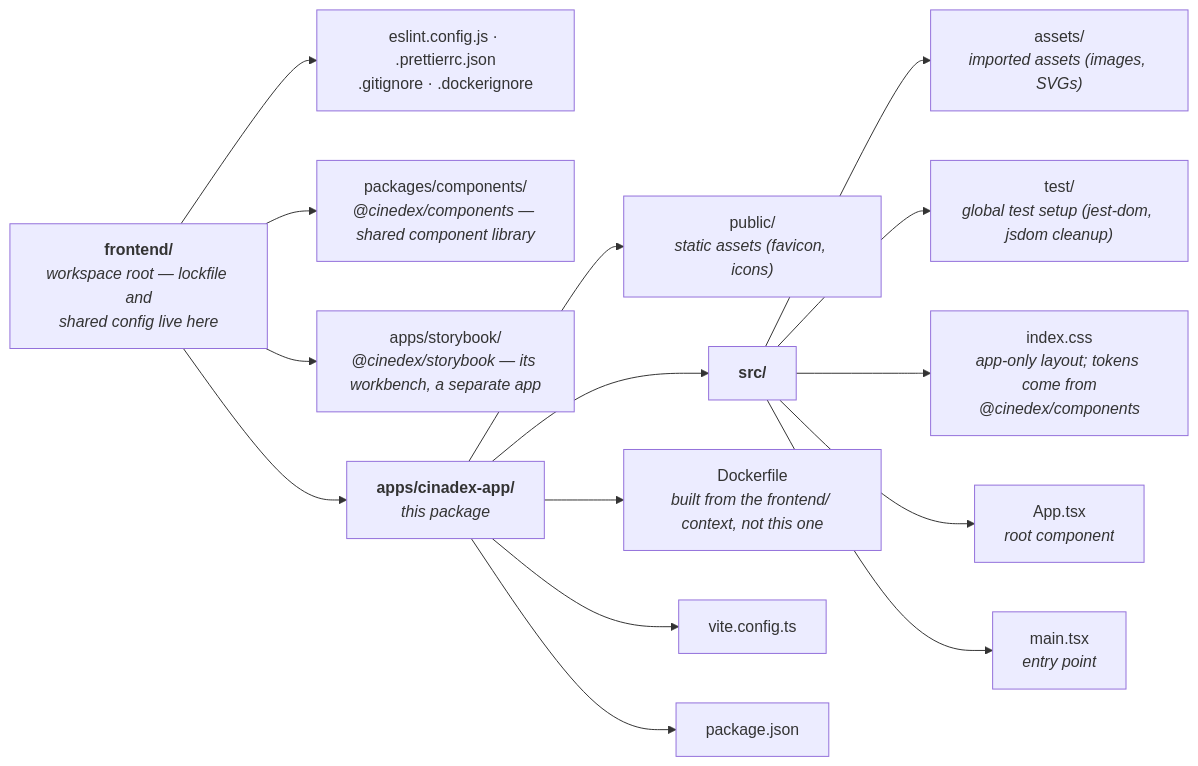
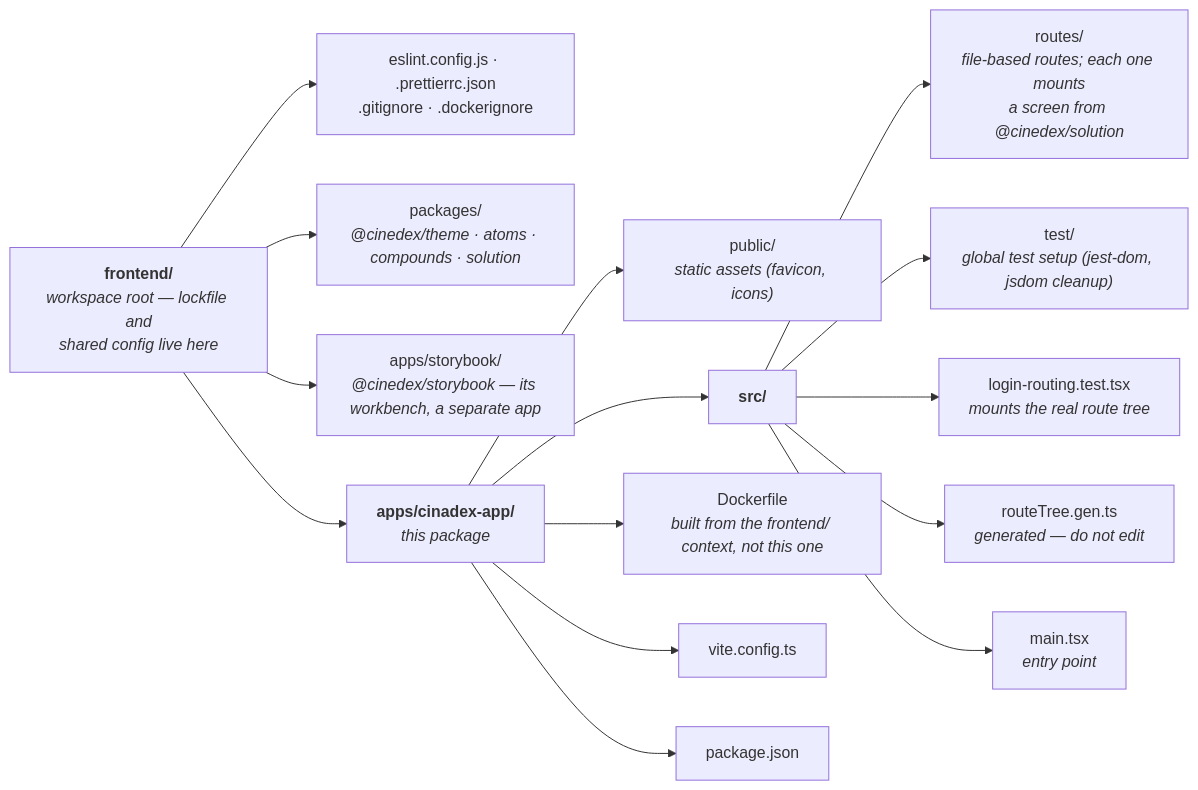
The diagram in frontend/apps/cinadex-app/README.md (felipedferreira/Cinedex), drawn with Mermaid before and after one commit. The commit also changed other lines of this file and 200 other files, not shown here.

Commit message:
refactor(frontend): split @cinedex/components into theme + atoms + compounds + solution (#58)

````diff
--- a/frontend/apps/cinadex-app/README.md
+++ b/frontend/apps/cinadex-app/README.md
@@ -9,21 +9,21 @@
 ```mermaid
 flowchart LR
     FE["<b>frontend/</b><br/><i>workspace root — lockfile and<br/>shared config live here</i>"]
 
     FE --> CFG["eslint.config.js · .prettierrc.json<br/>.gitignore · .dockerignore"]
-    FE --> COMP["packages/components/<br/><i>@cinedex/components — shared component library</i>"]
+    FE --> COMP["packages/<br/><i>@cinedex/theme · atoms · compounds · solution</i>"]
     FE --> SB["apps/storybook/<br/><i>@cinedex/storybook — its workbench, a separate app</i>"]
     FE --> APP["<b>apps/cinadex-app/</b><br/><i>this package</i>"]
 
     APP --> PUB["public/<br/><i>static assets (favicon, icons)</i>"]
     APP --> SRC["<b>src/</b>"]
     APP --> DOCKER["Dockerfile<br/><i>built from the frontend/ context, not this one</i>"]
     APP --> VITE["vite.config.ts"]
     APP --> PKG["package.json"]
 
-    SRC --> S1["assets/<br/><i>imported assets (images, SVGs)</i>"]
+    SRC --> S1["routes/<br/><i>file-based routes; each one mounts<br/>a screen from @cinedex/solution</i>"]
     SRC --> S2["test/<br/><i>global test setup (jest-dom, jsdom cleanup)</i>"]
-    SRC --> S3["index.css<br/><i>app-only layout; tokens come from<br/>@cinedex/components</i>"]
-    SRC --> S4["App.tsx<br/><i>root component</i>"]
+    SRC --> S3["login-routing.test.tsx<br/><i>mounts the real route tree</i>"]
+    SRC --> S4["routeTree.gen.ts<br/><i>generated — do not edit</i>"]
     SRC --> S5["main.tsx<br/><i>entry point</i>"]
 ```
````
